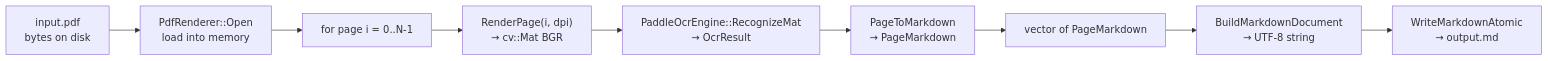
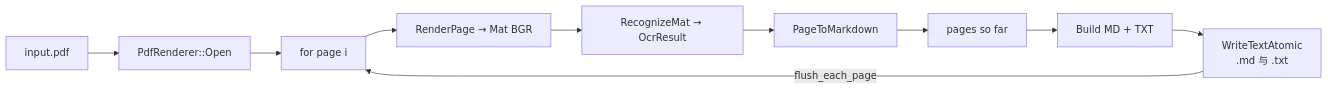
One commit to YuEnHua/PdfToMarkdown changed the first of 2 diagrams in mocs/02_DATA_FLOW.md. Above: the diagram before and after it, drawn with Mermaid. The commit also changed other lines of this file and 25 other files, not shown here.

Commit message:
Add macOS arm64 portable app, batch PDF dual write, and GitHub Actions.

````diff
--- a/mocs/02_DATA_FLOW.md
+++ b/mocs/02_DATA_FLOW.md
@@ -5,11 +5,12 @@
 ```mermaid
 flowchart LR
-    PDF["input.pdf<br/>bytes on disk"] --> Open["PdfRenderer::Open<br/>load into memory"]
-    Open --> Loop["for page i = 0..N-1"]
-    Loop --> Render["RenderPage(i, dpi)<br/>→ cv::Mat BGR"]
-    Render --> Recog["PaddleOcrEngine::RecognizeMat<br/>→ OcrResult"]
-    Recog --> Order["PageToMarkdown<br/>→ PageMarkdown"]
-    Order --> Acc["vector of PageMarkdown"]
-    Acc --> Build["BuildMarkdownDocument<br/>→ UTF-8 string"]
-    Build --> Write["WriteMarkdownAtomic<br/>→ output.md"]
+    PDF["input.pdf"] --> Open["PdfRenderer::Open"]
+    Open --> Loop["for page i"]
+    Loop --> Render["RenderPage → Mat BGR"]
+    Render --> Recog["RecognizeMat → OcrResult"]
+    Recog --> Order["PageToMarkdown"]
+    Order --> Acc["pages so far"]
+    Acc --> Dual["Build MD + TXT"]
+    Dual --> Write["WriteTextAtomic<br/>.md 与 .txt"]
+    Write -->|"flush_each_page"| Loop
 ```
````
